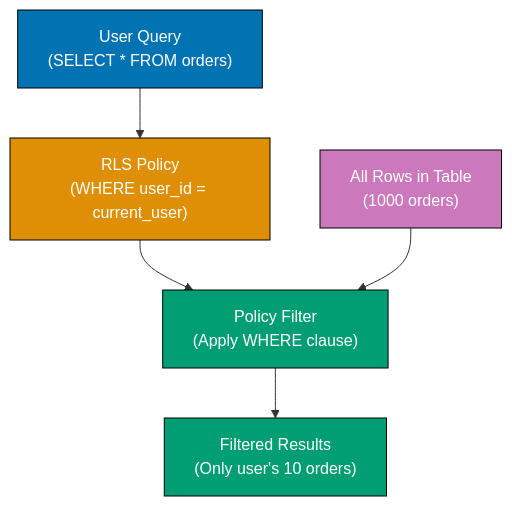
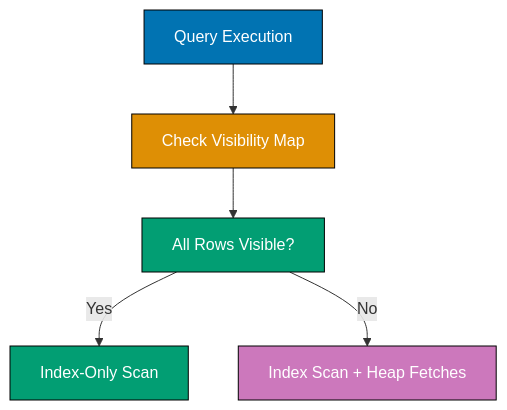
Before and after one commit to wahidyankf/open-sharia-enterprise: the fifth of 5 diagrams in apps/ayokoding-web/content/en/learn/software-engineering/data/databases/postgresql/by-example/advanced.md, drawn with Mermaid. The commit also changed other lines of this file and 13 other files, not shown here.

````diff
--- a/apps/ayokoding-web/content/en/learn/software-engineering/data/databases/postgresql/by-example/advanced.md
+++ b/apps/ayokoding-web/content/en/learn/software-engineering/data/databases/postgresql/by-example/advanced.md
@@ -2021,20 +697,20 @@
 ```mermaid
 %% Color Palette: Blue #0173B2, Orange #DE8F05, Teal #029E73, Purple #CC78BC, Brown #CA9161
 graph TD
-    A["User Query<br/>(SELECT * FROM orders)"]
-    B["RLS Policy<br/>(WHERE user_id = current_user)"]
-    C["All Rows in Table<br/>(1000 orders)"]
-    D["Policy Filter<br/>(Apply WHERE clause)"]
-    E["Filtered Results<br/>(Only user's 10 orders)"]
+    A["Query Execution"]
+    B["Check Visibility Map"]
+    C["All Rows Visible?"]
+    D["Index-Only Scan"]
+    E["Index Scan + Heap Fetches"]
 
     A --> B
-    B --> D
-    C --> D
-    D --> E
+    B --> C
+    C -->|Yes| D
+    C -->|No| E
 
     style A fill:#0173B2,stroke:#000,color:#fff
     style B fill:#DE8F05,stroke:#000,color:#fff
-    style C fill:#CC78BC,stroke:#000,color:#fff
+    style C fill:#029E73,stroke:#000,color:#fff
     style D fill:#029E73,stroke:#000,color:#fff
-    style E fill:#029E73,stroke:#000,color:#fff
+    style E fill:#CC78BC,stroke:#000,color:#fff
 ```
````
